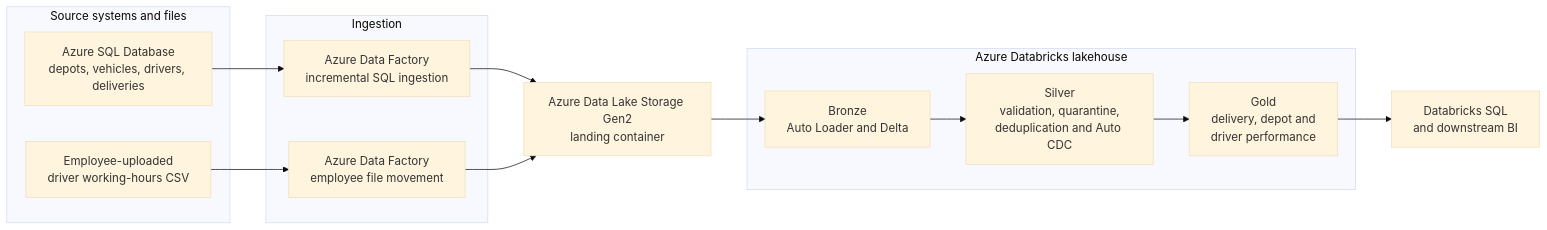
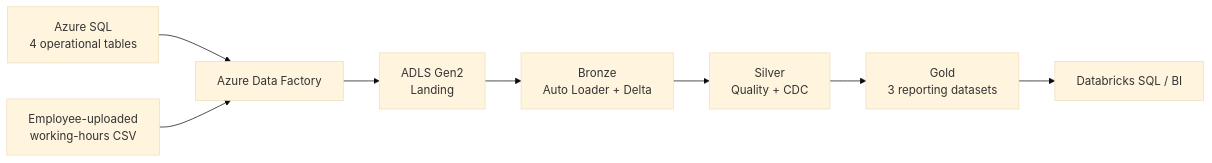
Before and after one commit to MJRML/Irish-Global-Logistics-Azure-Data-Engineering-Databricks-Lakehouse-and-BI-Platform: the first of 2 diagrams in README.md, drawn with Mermaid (base theme). The commit also changed other lines of this file, not shown here.

````diff
--- a/README.md
+++ b/README.md
@@ -101,31 +51,16 @@
 ``` mermaid
 flowchart LR
-    subgraph Sources["Source systems and files"]
-        SQL["Azure SQL Database<br/>depots, vehicles, drivers, deliveries"]
-        Upload["Employee-uploaded<br/>driver working-hours CSV"]
-    end
+    SQL["Azure SQL<br/>4 operational tables"]
+    FILES["Employee-uploaded<br/>working-hours CSV"]
+    ADF["Azure Data Factory"]
+    LAKE["ADLS Gen2<br/>Landing"]
+    BRONZE["Bronze<br/>Auto Loader + Delta"]
+    SILVER["Silver<br/>Quality + CDC"]
+    GOLD["Gold<br/>3 reporting datasets"]
+    BI["Databricks SQL / BI"]
 
-    subgraph Ingestion["Ingestion"]
-        ADFSQL["Azure Data Factory<br/>incremental SQL ingestion"]
-        BlobADF["Azure Data Factory<br/>employee file movement"]
-    end
-
-    ADLS["Azure Data Lake Storage Gen2<br/>landing container"]
-
-    subgraph Lakehouse["Azure Databricks lakehouse"]
-        Bronze["Bronze<br/>Auto Loader and Delta"]
-        Silver["Silver<br/>validation, quarantine,<br/>deduplication and Auto CDC"]
-        Gold["Gold<br/>delivery, depot and<br/>driver performance"]
-    end
-
-    BI["Databricks SQL<br/>and downstream BI"]
-
-    SQL --> ADFSQL
-    Upload --> BlobADF
-    ADFSQL --> ADLS
-    BlobADF --> ADLS
-    ADLS --> Bronze
-    Bronze --> Silver
-    Silver --> Gold
-    Gold --> BI
+    SQL --> ADF
+    FILES --> ADF
+    ADF --> LAKE
+    LAKE --> BRONZE --> SILVER --> GOLD --> BI
 ```
````
